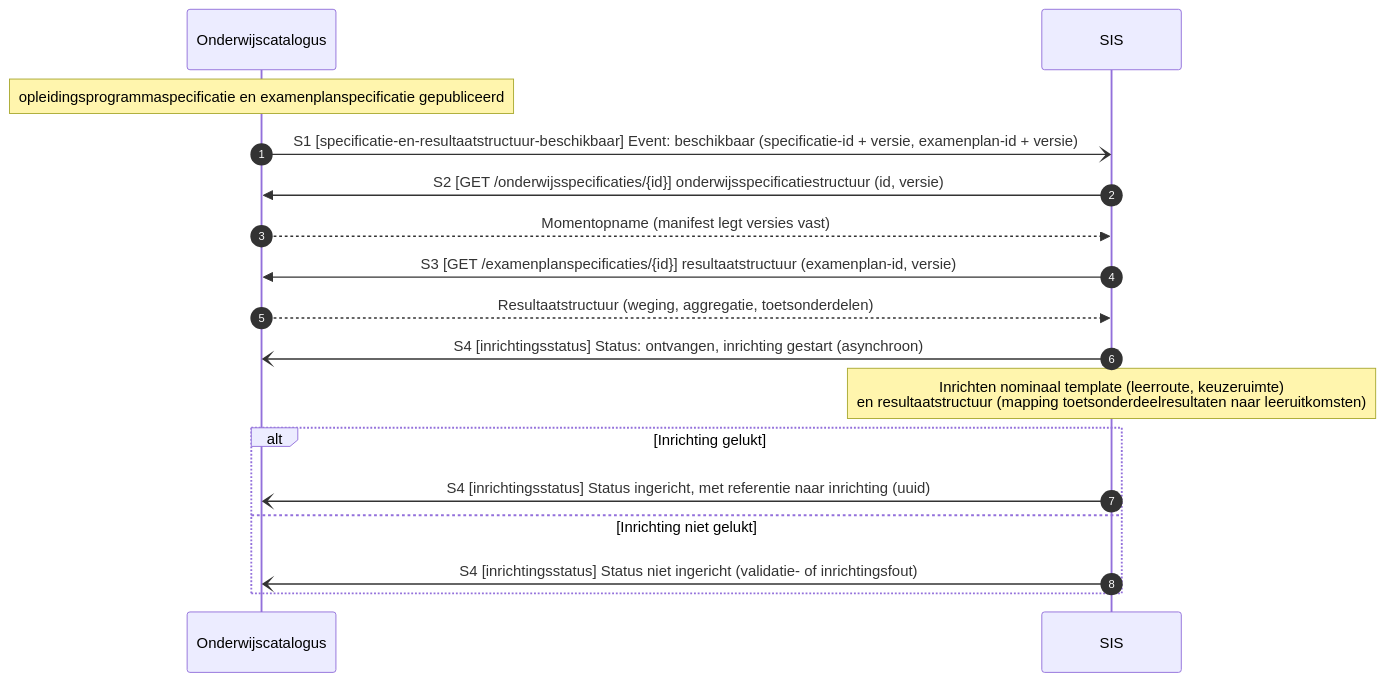
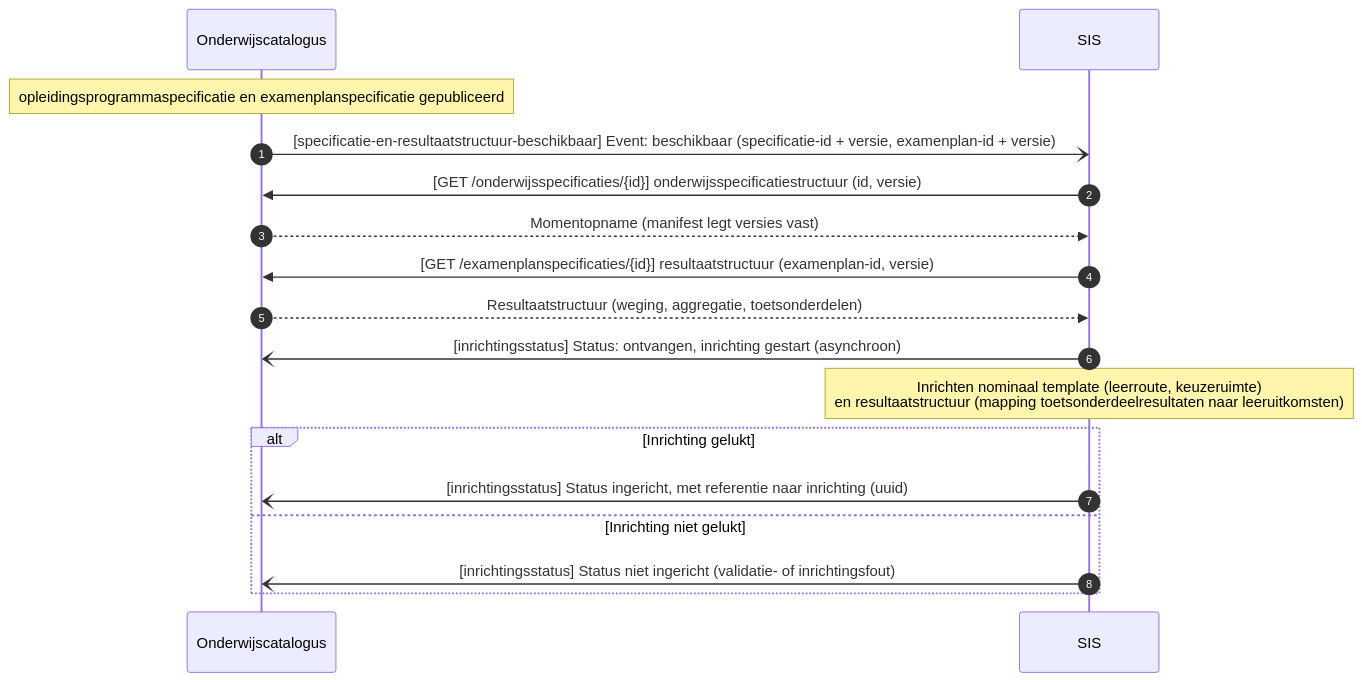
Before and after one commit to Npuls-OKx/Public: the second of 3 diagrams in Koppelvlakspecificaties/Koppelingspecificaties/onderwijscatalogus-studentinformatiesysteem.md, drawn with Mermaid. The commit also changed other lines of this file and 5 other files, not shown here.

````diff
--- a/Koppelvlakspecificaties/Koppelingspecificaties/onderwijscatalogus-studentinformatiesysteem.md
+++ b/Koppelvlakspecificaties/Koppelingspecificaties/onderwijscatalogus-studentinformatiesysteem.md
@@ -94,20 +76,20 @@
 ```mermaid
 sequenceDiagram
     autonumber
     participant Onderwijscatalogus
     participant SIS
 
     Note over Onderwijscatalogus: opleidingsprogrammaspecificatie en examenplanspecificatie gepubliceerd
-    Onderwijscatalogus-)SIS: S1 [specificatie-en-resultaatstructuur-beschikbaar] Event: beschikbaar (specificatie-id + versie, examenplan-id + versie)
-    SIS->>Onderwijscatalogus: S2 [GET /onderwijsspecificaties/{id}] onderwijsspecificatiestructuur (id, versie)
+    Onderwijscatalogus-)SIS: [specificatie-en-resultaatstructuur-beschikbaar] Event: beschikbaar (specificatie-id + versie, examenplan-id + versie)
+    SIS->>Onderwijscatalogus: [GET /onderwijsspecificaties/{id}] onderwijsspecificatiestructuur (id, versie)
     Onderwijscatalogus-->>SIS: Momentopname (manifest legt versies vast)
-    SIS->>Onderwijscatalogus: S3 [GET /examenplanspecificaties/{id}] resultaatstructuur (examenplan-id, versie)
+    SIS->>Onderwijscatalogus: [GET /examenplanspecificaties/{id}] resultaatstructuur (examenplan-id, versie)
     Onderwijscatalogus-->>SIS: Resultaatstructuur (weging, aggregatie, toetsonderdelen)
-    SIS-)Onderwijscatalogus: S4 [inrichtingsstatus] Status: ontvangen, inrichting gestart (asynchroon)
+    SIS-)Onderwijscatalogus: [inrichtingsstatus] Status: ontvangen, inrichting gestart (asynchroon)
     Note over SIS: Inrichten nominaal template (leerroute, keuzeruimte)<br/>en resultaatstructuur (mapping toetsonderdeelresultaten naar leeruitkomsten)
     alt Inrichting gelukt
-        SIS-)Onderwijscatalogus: S4 [inrichtingsstatus] Status ingericht, met referentie naar inrichting (uuid)
+        SIS-)Onderwijscatalogus: [inrichtingsstatus] Status ingericht, met referentie naar inrichting (uuid)
     else Inrichting niet gelukt
-        SIS-)Onderwijscatalogus: S4 [inrichtingsstatus] Status niet ingericht (validatie- of inrichtingsfout)
+        SIS-)Onderwijscatalogus: [inrichtingsstatus] Status niet ingericht (validatie- of inrichtingsfout)
     end
 ```
````
